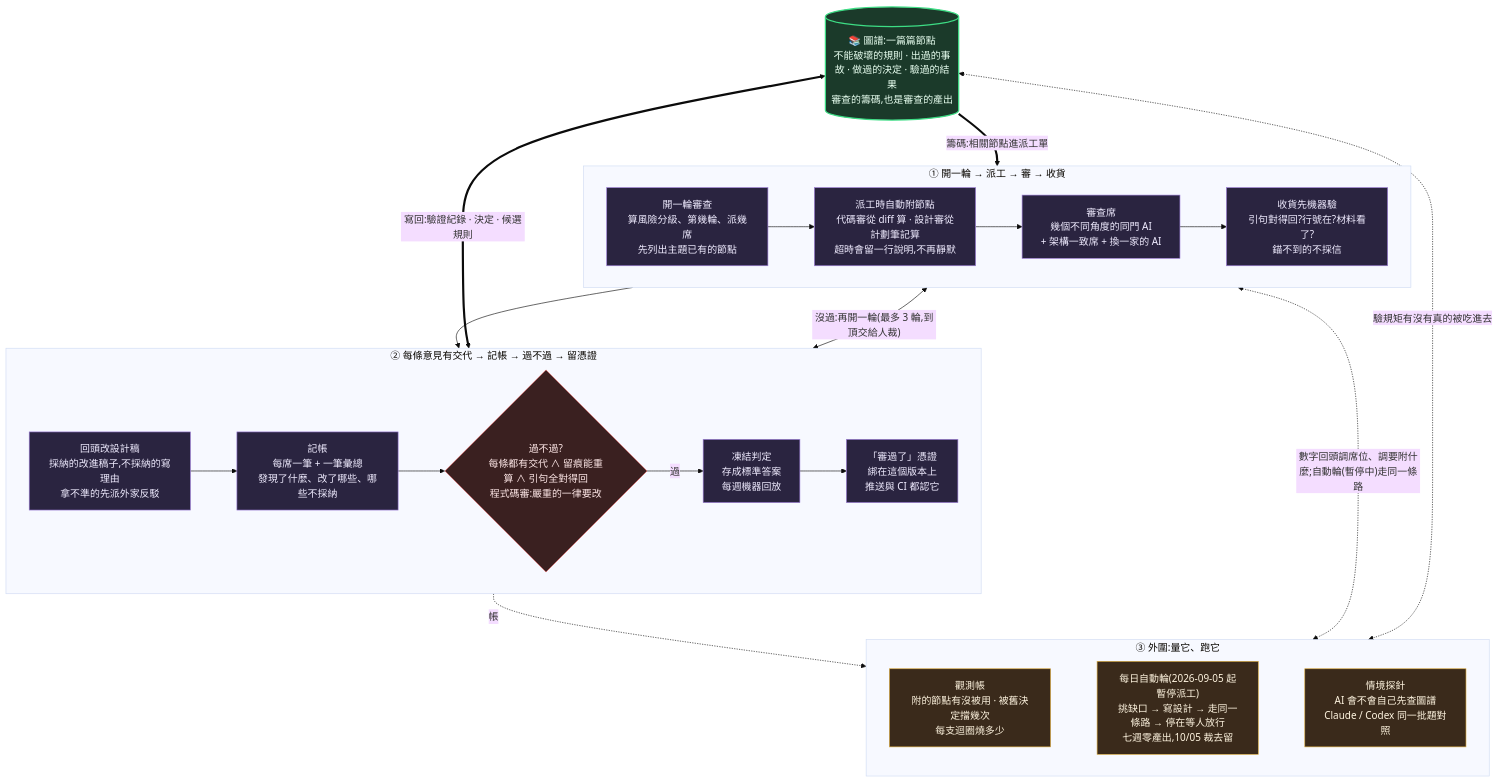
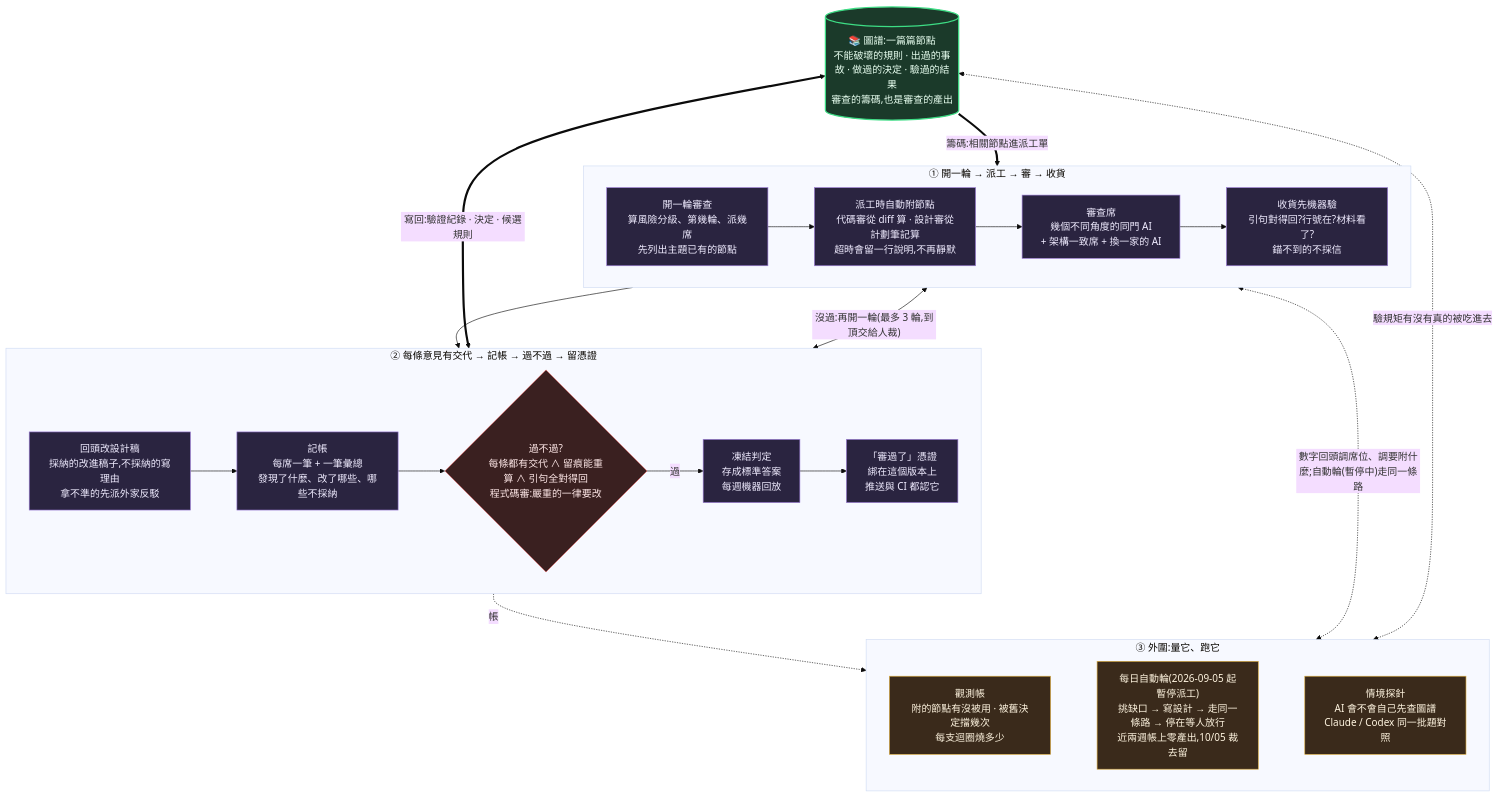
One commit to EnzoHsieh-Android/Lumos changed the fifth of 5 diagrams in ARCHITECTURE.md. Above: the diagram before and after it, drawn with Mermaid (base theme). The commit also changed other lines of this file and 12 other files, not shown here.

First line of the commit message:
fix+docs(第三輪稽核): gov 呈現層真的折 delguard 帳(原條件永不成立)、治理帳移除兩筆席位重現寫進真帳的假資料、README/全景圖/計劃的時間範圍改成帳上證據(近兩週、repo 建立起)、ARCHITECTURE 指令圖補 --spec、新 Verification 記量測重算指令;稽核三條誤判查證後不採

````diff
--- a/ARCHITECTURE.md
+++ b/ARCHITECTURE.md
@@ -192,36 +192,36 @@
 ```mermaid
 flowchart TB
     NODES[("📚 圖譜:一篇篇節點<br/>不能破壞的規則 · 出過的事故 · 做過的決定 · 驗過的結果<br/>審查的籌碼,也是審查的產出")]
 
     subgraph R1["① 開一輪 → 派工 → 審 → 收貨"]
         direction LR
         NEXT["開一輪審查<br/>算風險分級、第幾輪、派幾席<br/>先列出主題已有的節點"] --> LENS["派工時自動附節點<br/>代碼審從 diff 算 · 設計審從計劃筆記算<br/>超時會留一行說明,不再靜默"] --> SEATS["審查席<br/>幾個不同角度的同門 AI<br/>+ 架構一致席 + 換一家的 AI"] --> INTAKE["收貨先機器驗<br/>引句對得回?行號在?材料看了?<br/>錨不到的不採信"]
     end
 
     subgraph R2["② 每條意見有交代 → 記帳 → 過不過 → 留憑證"]
         direction LR
         FOLD["回頭改設計稿<br/>採納的改進稿子,不採納的寫理由<br/>拿不準的先派外家反駁"] --> LEDGER["記帳<br/>每席一筆 + 一筆彙總<br/>發現了什麼、改了哪些、哪些不採納"] --> GATE{"過不過?<br/>每條都有交代 ∧ 留痕能重算 ∧ 引句全對得回<br/>程式碼審:嚴重的一律要改"} -->|過| FREEZE["凍結判定<br/>存成標準答案<br/>每週機器回放"] --> PASS["「審過了」憑證<br/>綁在這個版本上<br/>推送與 CI 都認它"]
     end
 
     subgraph R3["③ 外圍:量它、跑它"]
         direction LR
-        OBS["觀測帳<br/>附的節點有沒被用 · 被舊決定擋幾次<br/>每支迴圈燒多少"] ~~~ AUTO["每日自動輪(2026-09-05 起暫停派工)<br/>挑缺口 → 寫設計 → 走同一條路 → 停在等人放行<br/>七週零產出,10/05 裁去留"] ~~~ PROBE["情境探針<br/>AI 會不會自己先查圖譜<br/>Claude / Codex 同一批題對照"]
+        OBS["觀測帳<br/>附的節點有沒被用 · 被舊決定擋幾次<br/>每支迴圈燒多少"] ~~~ AUTO["每日自動輪(2026-09-05 起暫停派工)<br/>挑缺口 → 寫設計 → 走同一條路 → 停在等人放行<br/>近兩週帳上零產出,10/05 裁去留"] ~~~ PROBE["情境探針<br/>AI 會不會自己先查圖譜<br/>Claude / Codex 同一批題對照"]
     end
 
     NODES ==>|"籌碼:相關節點進派工單"| R1
     R1 --> R2
     R2 -.->|"帳"| R3
     NODES <==>|"寫回:驗證紀錄 · 決定 · 候選規則"| R2
     R1 <-->|"沒過:再開一輪(最多 3 輪,到頂交給人裁)"| R2
     R1 <-.->|"數字回頭調席位、調要附什麼;自動輪(暫停中)走同一條路"| R3
     NODES <-.->|"驗規矩有沒有真的被吃進去"| R3
 
     classDef gnode fill:#1b3a2a,stroke:#3ddc84,stroke-width:2px,color:#e8fff0
     classDef step fill:#2a2440,stroke:#9a7bd6,color:#f0ecff
     classDef gate fill:#3a2020,stroke:#dc5b5b,color:#ffe8e8
     classDef obs fill:#3a2a1b,stroke:#dcab3d,color:#fff5e0
     class NODES gnode
     class NEXT,LENS,SEATS,INTAKE,FOLD,LEDGER,FREEZE,PASS step
     class GATE gate
     class OBS,AUTO,PROBE obs
 ```
````
